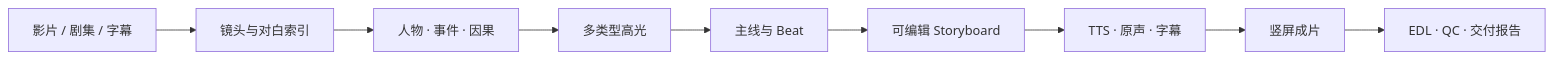
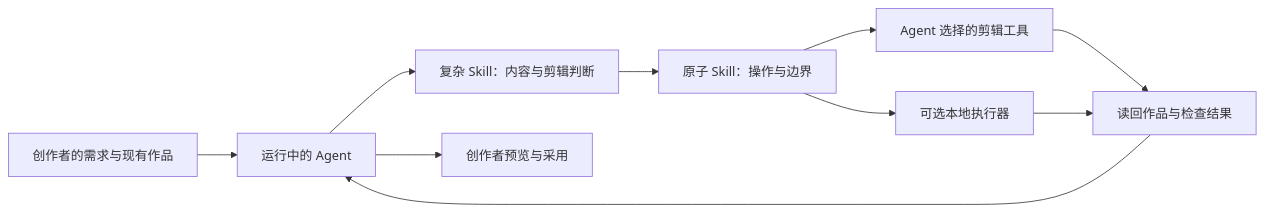
The diagram in README.md (dengxianghua888-ops/douyin-film-recap), drawn with Mermaid before and after one commit. The commit also changed other lines of this file and 973 other files, not shown here.

````diff
--- a/README.md
+++ b/README.md
@@ -27,11 +21,12 @@
 ```mermaid
 flowchart LR
-    A[影片 / 剧集 / 字幕] --> B[镜头与对白索引]
-    B --> C[人物 · 事件 · 因果]
-    C --> D[多类型高光]
-    D --> E[主线与 Beat]
-    E --> F[可编辑 Storyboard]
-    F --> G[TTS · 原声 · 字幕]
-    G --> H[竖屏成片]
-    H --> I[EDL · QC · 交付报告]
+    U[创作者的需求与现有作品] --> A[运行中的 Agent]
+    A --> W[复杂 Skill：内容与剪辑判断]
+    W --> S[原子 Skill：操作与边界]
+    S --> E[Agent 选择的剪辑工具]
+    S --> R[可选本地执行器]
+    E --> V[读回作品与检查结果]
+    R --> V
+    V --> A
+    A --> C[创作者预览与采用]
 ```
````
